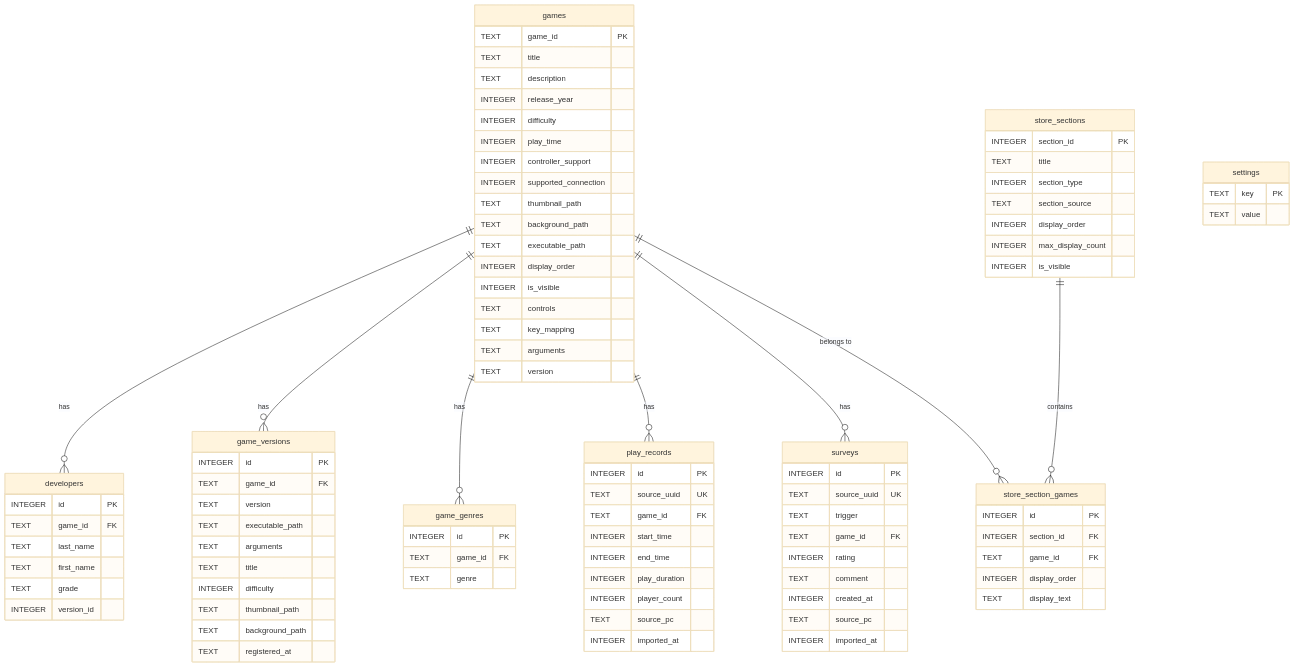
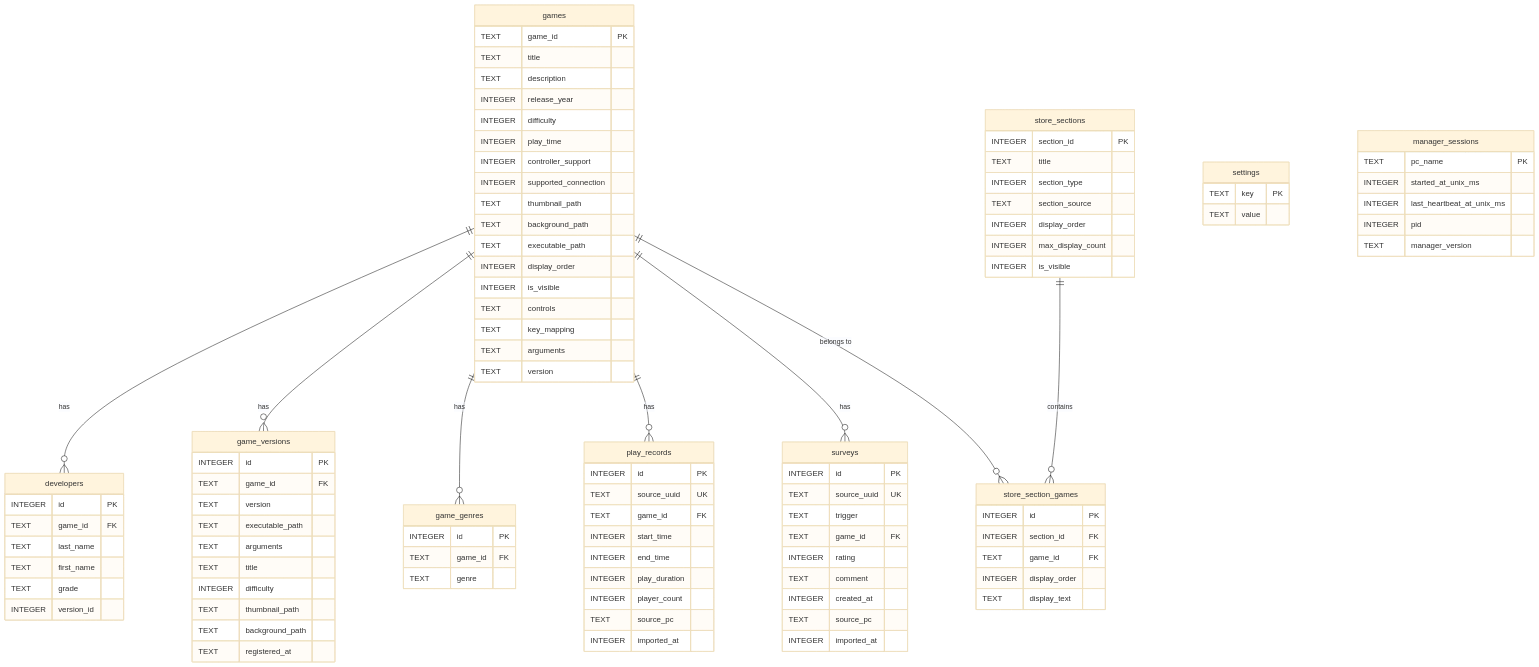
The second of 2 diagrams in SPECIFICATION.md (ken1208git/TonePrism), drawn with Mermaid (base theme) before and after one commit. The commit also changed other lines of this file and 16 other files, not shown here.

````diff
--- a/SPECIFICATION.md
+++ b/SPECIFICATION.md
@@ -2466,5 +2512,16 @@
         INTEGER display_order
         TEXT display_text
     }
+    manager_sessions {
+        TEXT pc_name PK
+        INTEGER started_at_unix_ms
+        INTEGER last_heartbeat_at_unix_ms
+        INTEGER pid
+        TEXT manager_version
+    }
     %% launcher_surveys テーブルは #35 実装時に廃止予定（surveys テーブルへ統合）
+    %% manager_sessions テーブル (#179、v13 で追加): Manager LAN-wide 同時起動検出。
+    %% 各 PC で稼働中の Manager process が pc_name = Environment.MachineName で 1 row 占有、
+    %% 10 秒間隔の heartbeat で last_heartbeat_at_unix_ms を update、起動時に stale row
+    %% (last_heartbeat < now - 30000 ms) を自動 cleanup。詳細は §3.X 参照。
 ```
````
